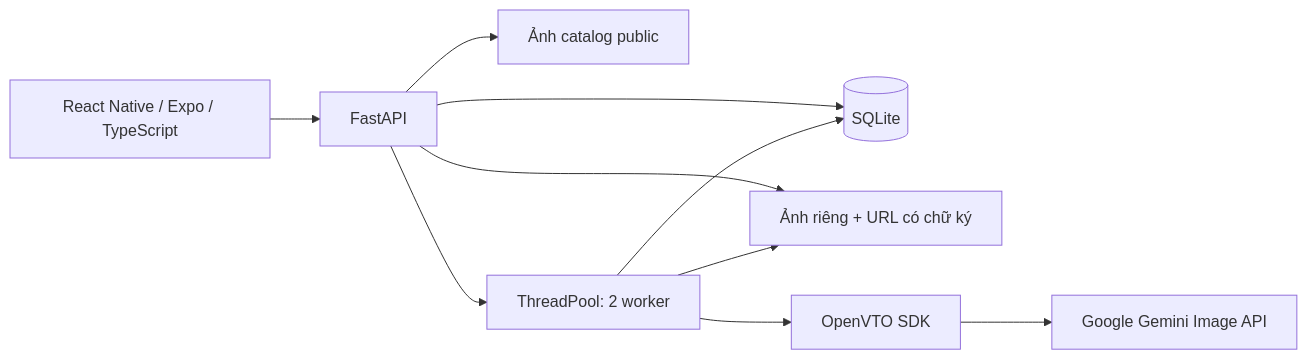
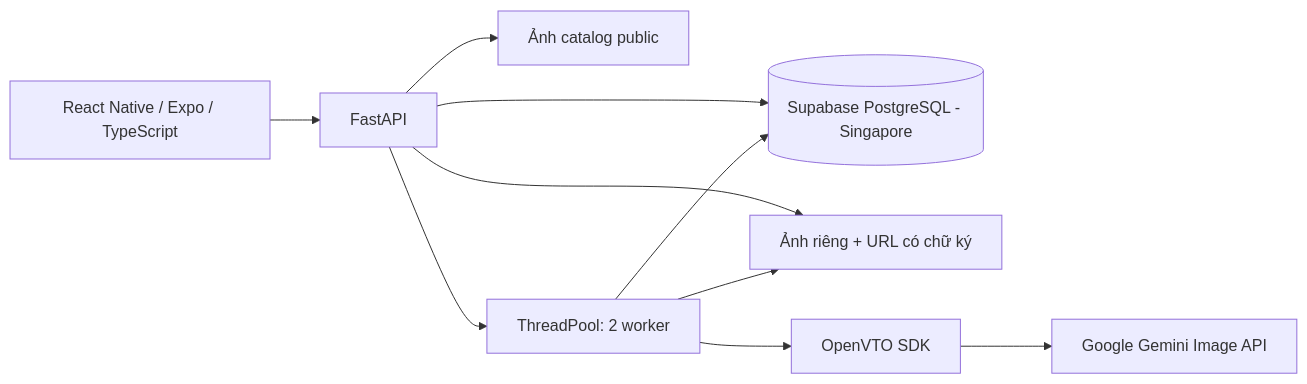
The diagram in docs/ARCHITECTURE.md (huybitvvt/shopfit), drawn with Mermaid before and after one commit. The commit also changed other lines of this file and 20 other files, not shown here.

First line of the commit message:
feat: migrate ShopFit database to Supabase Singapore

````diff
--- a/docs/ARCHITECTURE.md
+++ b/docs/ARCHITECTURE.md
@@ -3,12 +3,12 @@
 ```mermaid
 flowchart LR
     RN[React Native / Expo / TypeScript] --> API[FastAPI]
-    API --> DB[(SQLite)]
+    API --> DB[(Supabase PostgreSQL - Singapore)]
     API --> PRIVATE[Ảnh riêng + URL có chữ ký]
     API --> CATALOG[Ảnh catalog public]
     API --> JOB[ThreadPool: 2 worker]
     JOB --> SDK[OpenVTO SDK]
     SDK --> GEMINI[Google Gemini Image API]
     JOB --> DB
     JOB --> PRIVATE
 ```
````
